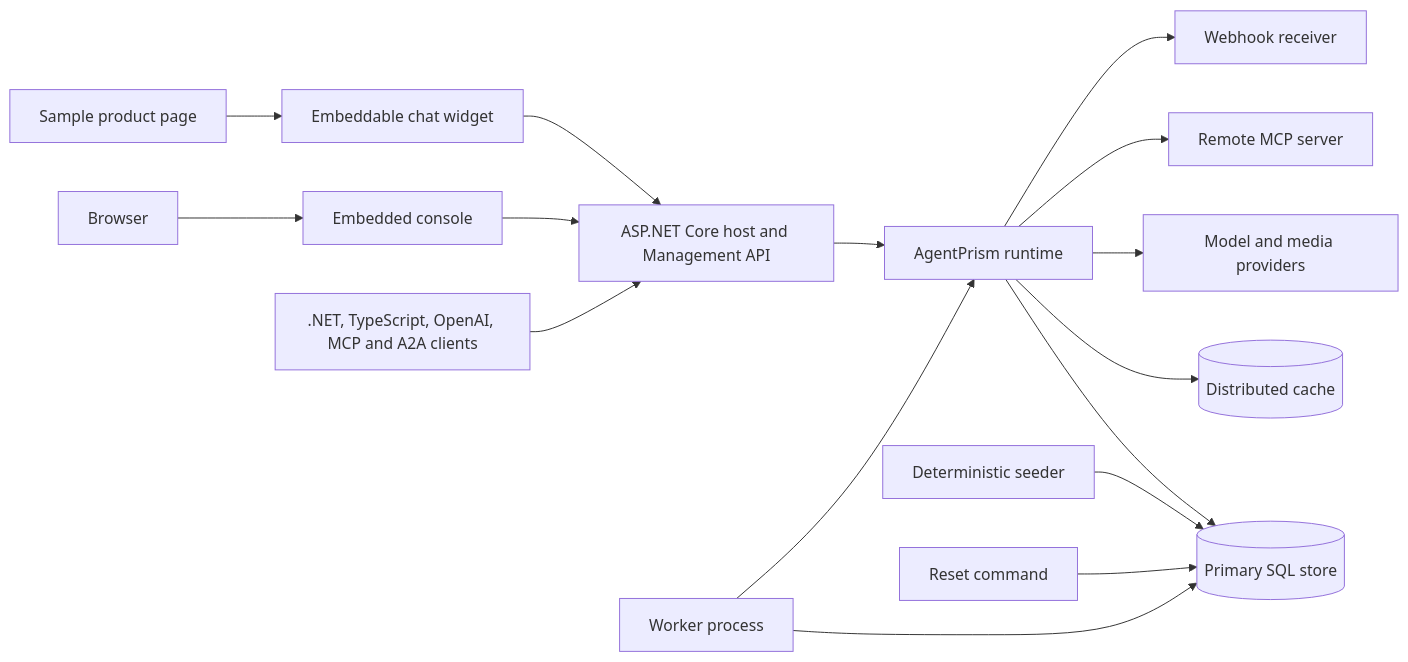
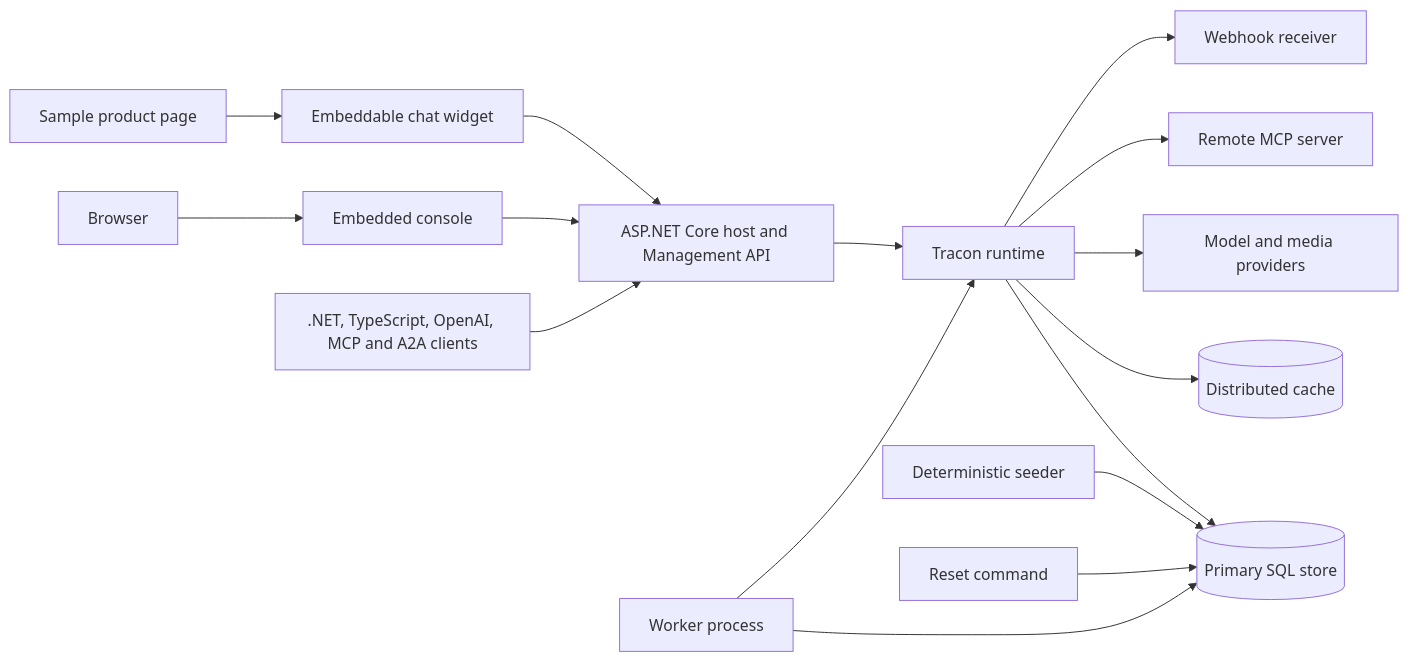
The diagram in docs/PANEL-SUNUM-REHBERI.md (farukatasoy/Tracon), drawn with Mermaid before and after one commit. The commit also changed other lines of this file and 4535 other files, not shown here.

````diff
--- a/docs/PANEL-SUNUM-REHBERI.md
+++ b/docs/PANEL-SUNUM-REHBERI.md
@@ -78,18 +78,18 @@
 ```mermaid
 flowchart LR
     Browser[Browser] --> Console[Embedded console]
     ProductPage[Sample product page] --> Widget[Embeddable chat widget]
     Console --> Api[ASP.NET Core host and Management API]
     Widget --> Api
     ExternalClient[.NET, TypeScript, OpenAI, MCP and A2A clients] --> Api
-    Api --> Runtime[AgentPrism runtime]
+    Api --> Runtime[Tracon runtime]
     Runtime --> Sql[(Primary SQL store)]
     Runtime --> Cache[(Distributed cache)]
     Runtime --> Providers[Model and media providers]
     Runtime --> Mcp[Remote MCP server]
     Runtime --> Webhook[Webhook receiver]
     Worker[Worker process] --> Sql
     Worker --> Runtime
     Seeder[Deterministic seeder] --> Sql
     Reset[Reset command] --> Sql
 ```
````
